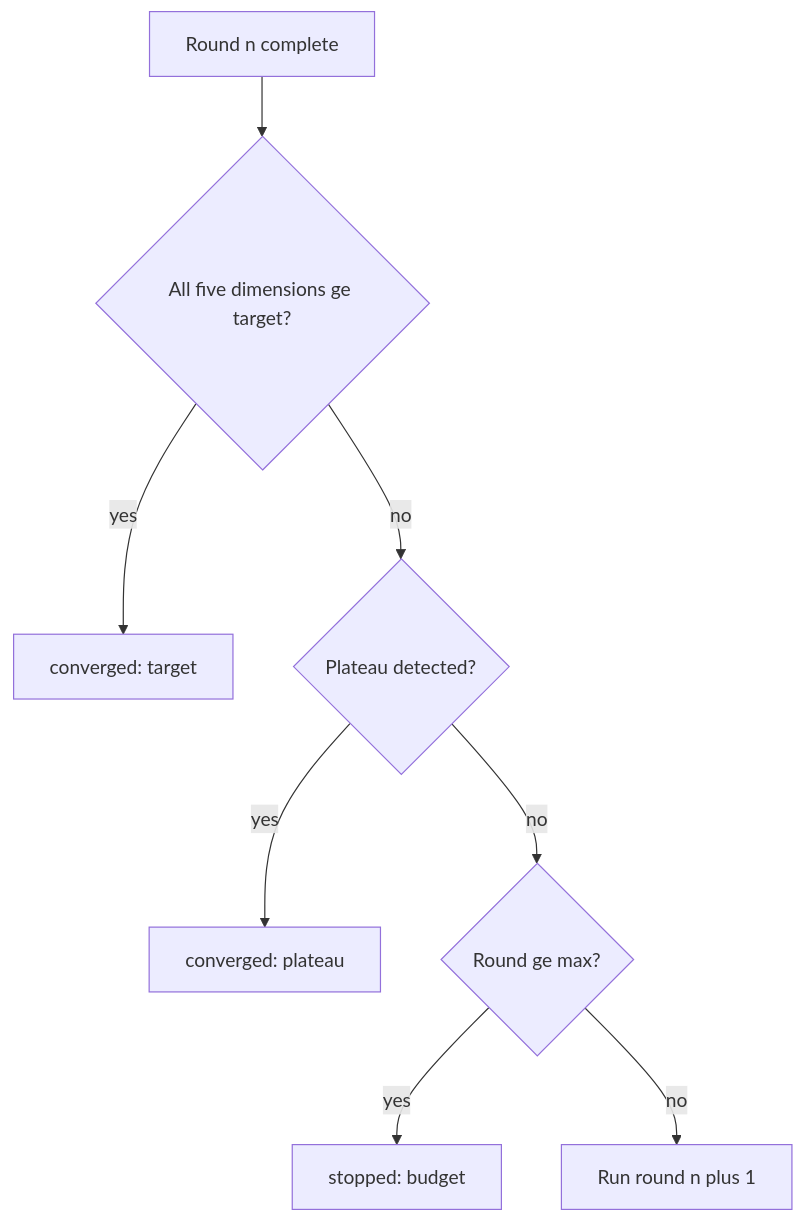
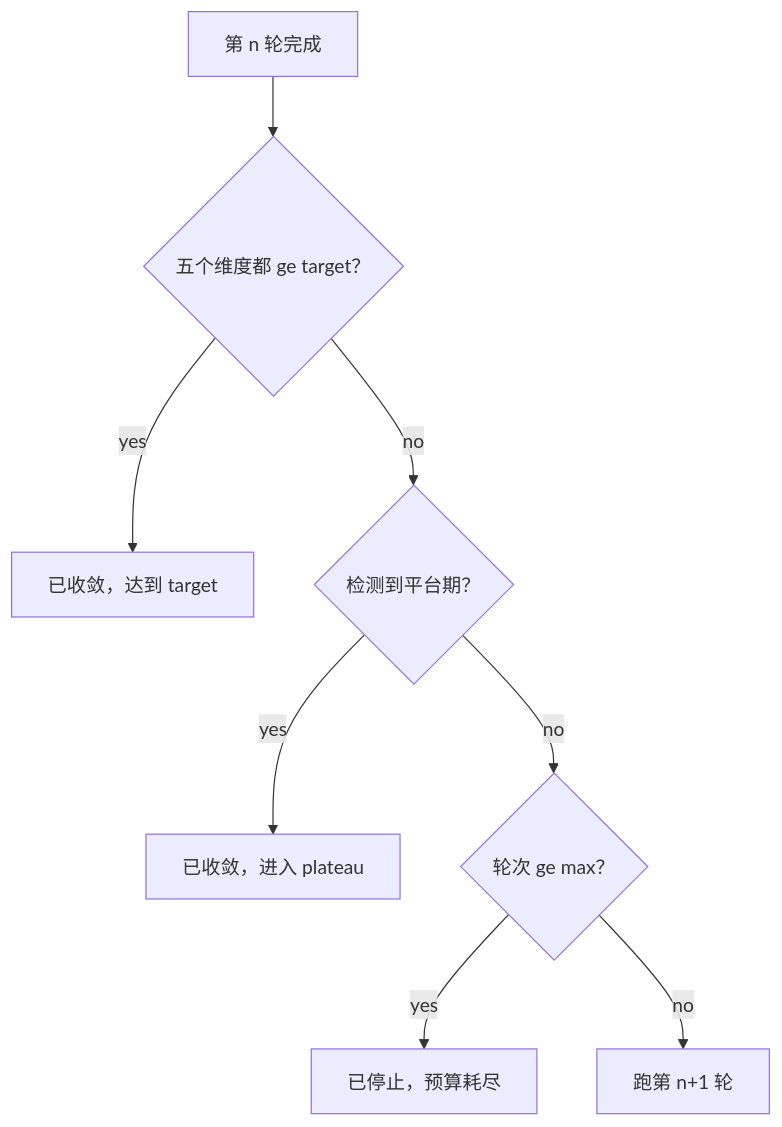
Before and after one commit to JerryC8080/ai-engineering-from-scratch-zh: the third of 4 diagrams in phases/19-capstone-projects/55-critic-loop/docs/zh.md, drawn with Mermaid. The commit also changed other lines of this file and 156 other files, not shown here.

First line of the commit message:
i18n(zh): translate mermaid diagram labels in 157 lesson zh.md

````diff
--- a/phases/19-capstone-projects/55-critic-loop/docs/zh.md
+++ b/phases/19-capstone-projects/55-critic-loop/docs/zh.md
@@ -57,10 +57,10 @@
 ```mermaid
 flowchart TB
-    Start[Round n complete] --> A{All five dimensions ge target?}
-    A -- yes --> Stop1[converged: target]
-    A -- no --> B{Plateau detected?}
-    B -- yes --> Stop2[converged: plateau]
-    B -- no --> C{Round ge max?}
-    C -- yes --> Stop3[stopped: budget]
-    C -- no --> Next[Run round n plus 1]
+    Start[第 n 轮完成] --> A{五个维度都 ge target？}
+    A -- yes --> Stop1[已收敛，达到 target]
+    A -- no --> B{检测到平台期？}
+    B -- yes --> Stop2[已收敛，进入 plateau]
+    B -- no --> C{轮次 ge max？}
+    C -- yes --> Stop3[已停止，预算耗尽]
+    C -- no --> Next[跑第 n+1 轮]
 ```
````
